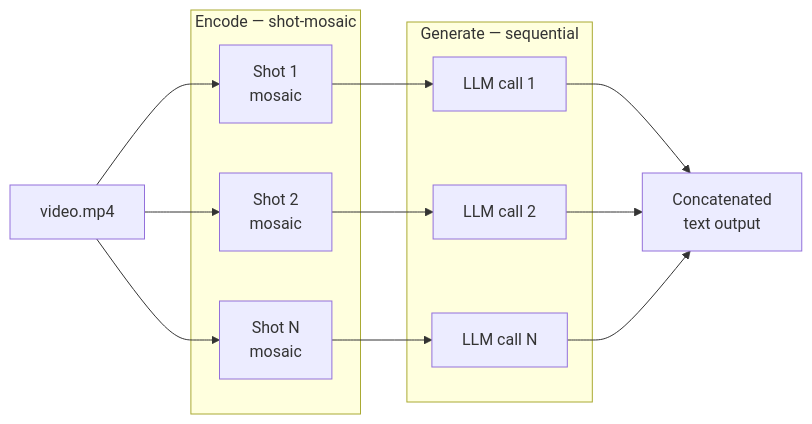
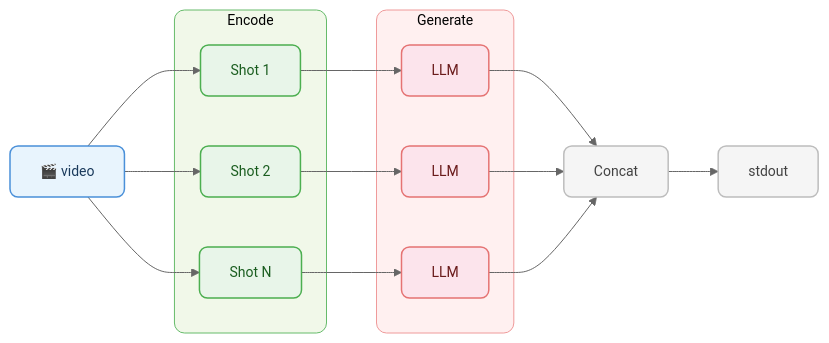
Before and after one commit to vlm-run/mm: the second of 2 diagrams in python/mm/strategies/README.md, drawn with Mermaid. The commit also changed other lines of this file and 1 other file, not shown here.

First line of the commit message:
Simplify mermaid diagrams: clean color-coded style with Encode/Generate blocks

````diff
--- a/python/mm/strategies/README.md
+++ b/python/mm/strategies/README.md
@@ -99,28 +90,39 @@
 ```mermaid
+%%{init: {'theme': 'base', 'themeVariables': { 'fontSize': '14px', 'primaryColor': '#e8f4fd', 'primaryBorderColor': '#4a90d9', 'lineColor': '#666'}}}%%
 graph LR
-  video["video.mp4"]
+  video["🎬 video"]:::input
 
-  subgraph encode ["Encode — shot-mosaic"]
-    s1["Shot 1\nmosaic"]
-    s2["Shot 2\nmosaic"]
-    s3["Shot N\nmosaic"]
+  subgraph encode ["Encode"]
+    s1["Shot 1"]:::encode
+    s2["Shot 2"]:::encode
+    s3["Shot N"]:::encode
   end
 
-  subgraph generate ["Generate — sequential"]
-    g1["LLM call 1"]
-    g2["LLM call 2"]
-    g3["LLM call N"]
+  subgraph generate ["Generate"]
+    g1["LLM"]:::generate
+    g2["LLM"]:::generate
+    g3["LLM"]:::generate
   end
 
-  concat["Concatenated\ntext output"]
+  concat["Concat"]:::output
+  out["stdout"]:::output
 
   video --> s1
   video --> s2
   video --> s3
   s1 --> g1
   s2 --> g2
   s3 --> g3
   g1 --> concat
   g2 --> concat
   g3 --> concat
+  concat --> out
+
+  classDef input fill:#e8f4fd,stroke:#4a90d9,stroke-width:1.5px,color:#1a3a5c,rx:8
+  classDef encode fill:#e8f5e9,stroke:#4caf50,stroke-width:1.5px,color:#1b5e20,rx:8
+  classDef generate fill:#fce4ec,stroke:#e57373,stroke-width:1.5px,color:#6a1b1b,rx:8
+  classDef output fill:#f5f5f5,stroke:#bdbdbd,stroke-width:1.5px,color:#424242,rx:8
+
+  style encode fill:#f1f8e9,stroke:#66bb6a,stroke-width:1px,rx:10
+  style generate fill:#fff0f0,stroke:#ef9a9a,stroke-width:1px,rx:10
 ```
````
